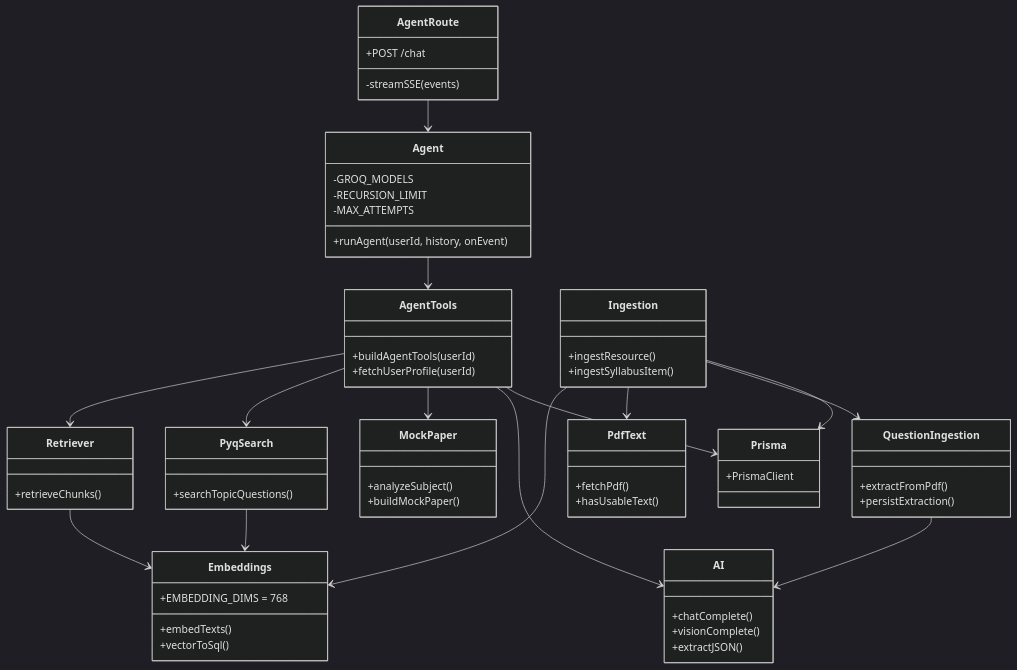
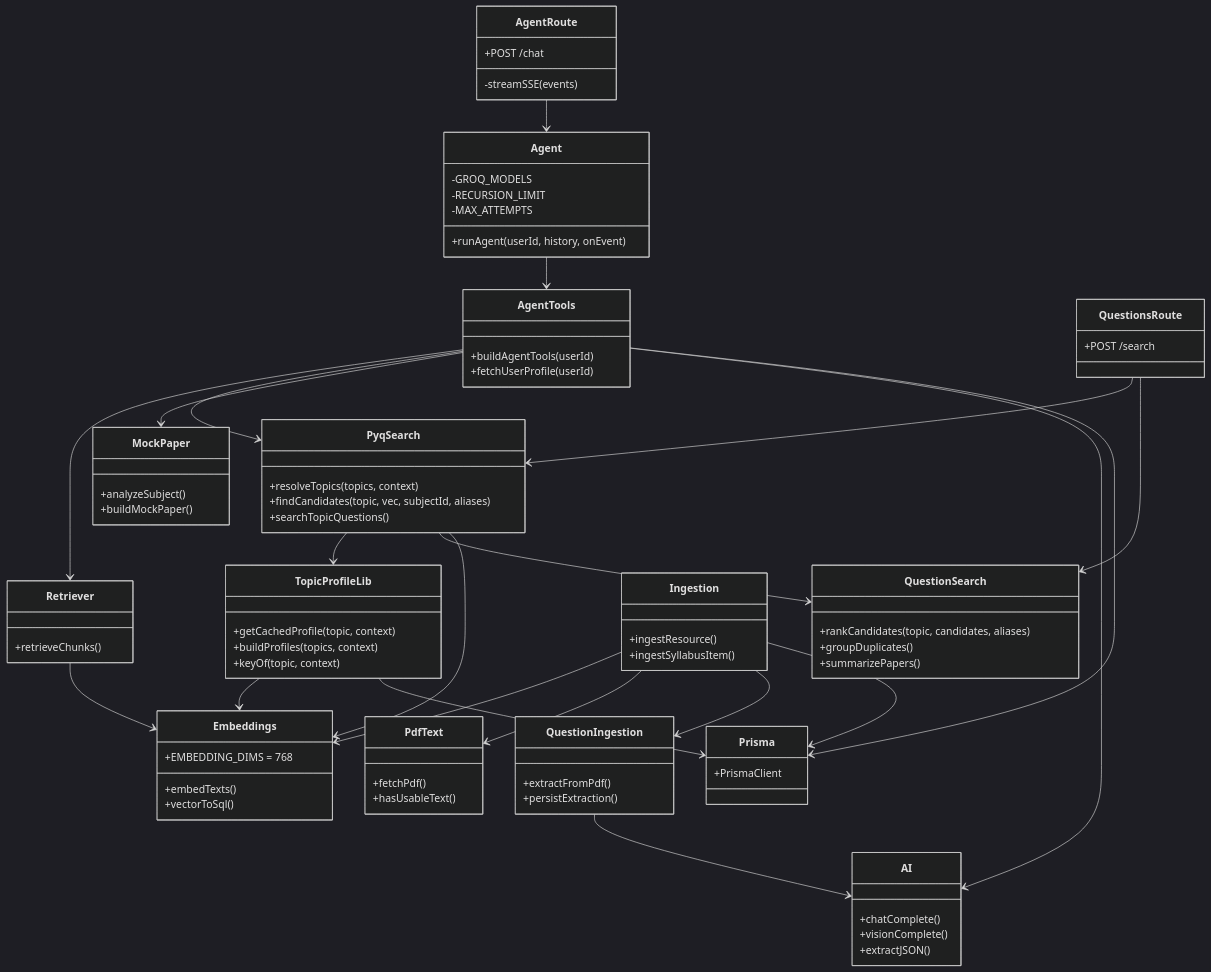
Before and after one commit to nemida/CampusBrain: diagram 13 of 13 in README.md, drawn with Mermaid (dark theme). The commit also changed other lines of this file and 11 other files, not shown here.

```diff
--- a/README.md
+++ b/README.md
@@ -665,8 +723,23 @@
     class Retriever {
         +retrieveChunks()
     }
+    class QuestionsRoute {
+        +POST /search
+    }
     class PyqSearch {
+        +resolveTopics(topics, context)
+        +findCandidates(topic, vec, subjectId, aliases)
         +searchTopicQuestions()
+    }
+    class QuestionSearch {
+        +rankCandidates(topic, candidates, aliases)
+        +groupDuplicates()
+        +summarizePapers()
+    }
+    class TopicProfileLib {
+        +getCachedProfile(topic, context)
+        +buildProfiles(topics, context)
+        +keyOf(topic, context)
     }
     class Embeddings {
         +embedTexts()
@@ -696,8 +769,14 @@
     AgentTools --> MockPaper
     AgentTools --> AI
     AgentTools --> Prisma
+    QuestionsRoute --> PyqSearch
+    QuestionsRoute --> QuestionSearch
+    PyqSearch --> TopicProfileLib
+    PyqSearch --> QuestionSearch
+    PyqSearch --> Embeddings
+    TopicProfileLib --> Embeddings
+    TopicProfileLib --> Prisma
     Retriever --> Embeddings
-    PyqSearch --> Embeddings
     Ingestion --> Embeddings
     Ingestion --> PdfText
     Ingestion --> QuestionIngestion
```
